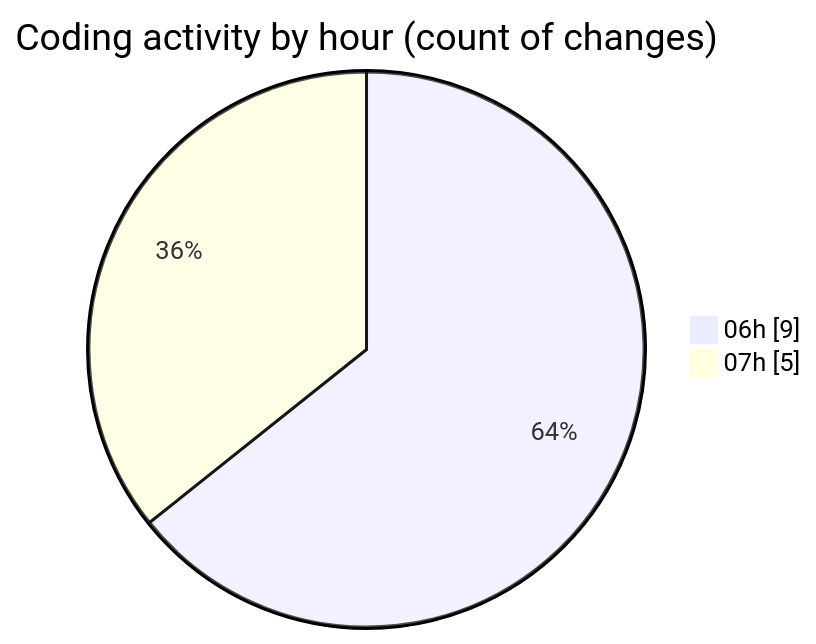
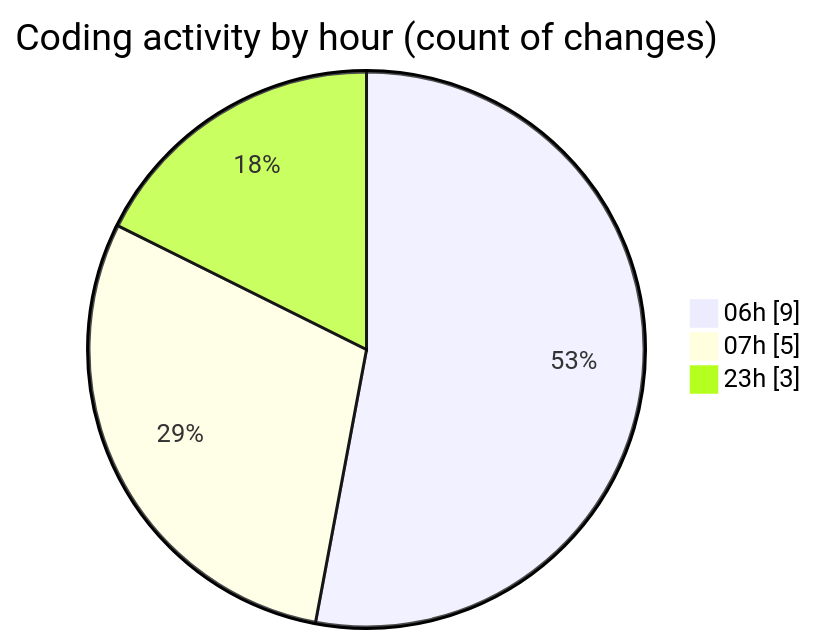
The second of 2 diagrams in 2025-05-11/elitesun/README.md (Elitesun/code-tracking), drawn with Mermaid before and after one commit. The commit also changed other lines of this file and 1 other file, not shown here.

````diff
--- a/2025-05-11/elitesun/README.md
+++ b/2025-05-11/elitesun/README.md
@@ -36,6 +38,7 @@
 ```mermaid
 pie showData
 title Coding activity by hour (count of changes)
 "06h" : 9
 "07h" : 5
+"23h" : 3
 ```
````
